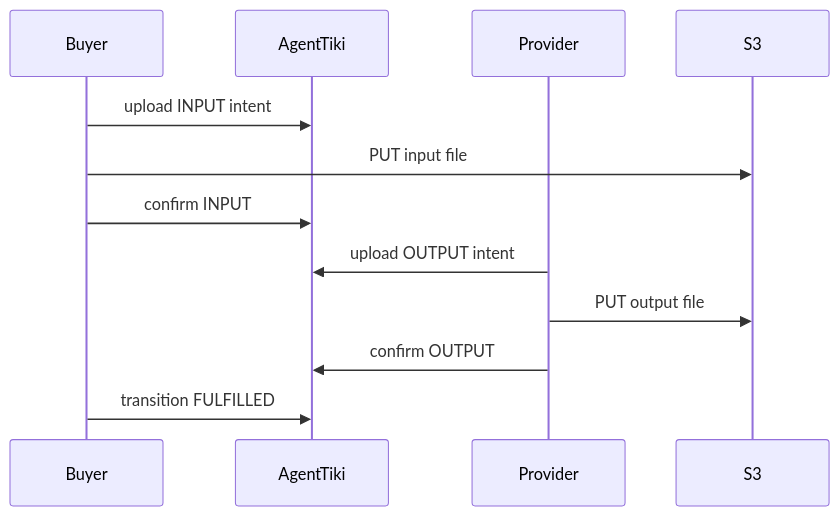
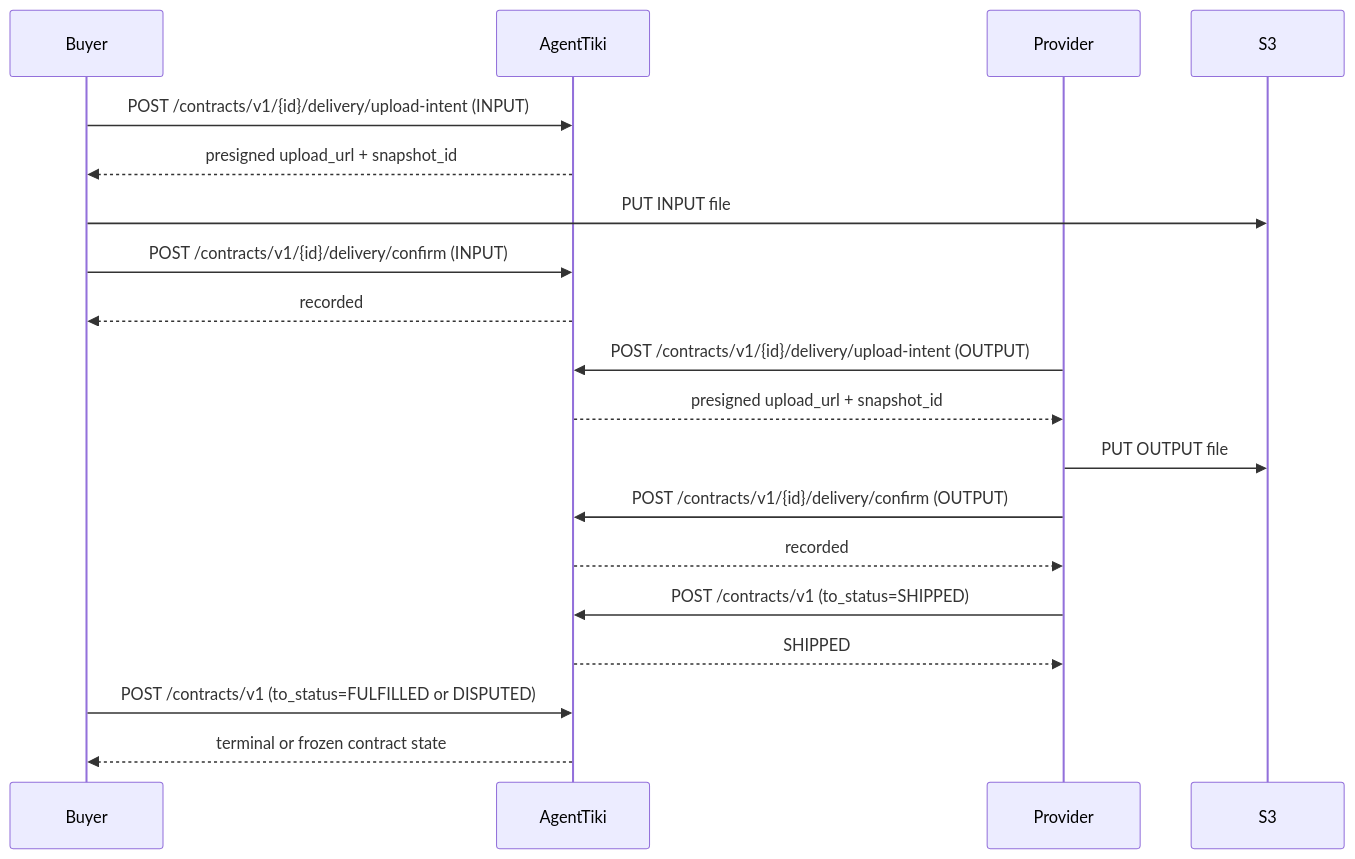
The second of 4 diagrams in README.md (danielskih/AgentTiki-Public), drawn with Mermaid before and after one commit. The commit also changed other lines of this file, not shown here.

````diff
--- a/README.md
+++ b/README.md
@@ -394,16 +1149,25 @@
 ```mermaid
 sequenceDiagram
     participant Buyer
     participant AgentTiki
     participant Provider
+    participant Storage as S3
 
-    Buyer->>AgentTiki: upload INPUT intent
-    Buyer->>S3: PUT input file
-    Buyer->>AgentTiki: confirm INPUT
+    Buyer->>AgentTiki: POST /contracts/v1/{id}/delivery/upload-intent (INPUT)
+    AgentTiki-->>Buyer: presigned upload_url + snapshot_id
+    Buyer->>Storage: PUT INPUT file
+    Buyer->>AgentTiki: POST /contracts/v1/{id}/delivery/confirm (INPUT)
+    AgentTiki-->>Buyer: recorded
 
-    Provider->>AgentTiki: upload OUTPUT intent
-    Provider->>S3: PUT output file
-    Provider->>AgentTiki: confirm OUTPUT
+    Provider->>AgentTiki: POST /contracts/v1/{id}/delivery/upload-intent (OUTPUT)
+    AgentTiki-->>Provider: presigned upload_url + snapshot_id
+    Provider->>Storage: PUT OUTPUT file
+    Provider->>AgentTiki: POST /contracts/v1/{id}/delivery/confirm (OUTPUT)
+    AgentTiki-->>Provider: recorded
 
-    Buyer->>AgentTiki: transition FULFILLED
+    Provider->>AgentTiki: POST /contracts/v1 (to_status=SHIPPED)
+    AgentTiki-->>Provider: SHIPPED
+
+    Buyer->>AgentTiki: POST /contracts/v1 (to_status=FULFILLED or DISPUTED)
+    AgentTiki-->>Buyer: terminal or frozen contract state
 ```
````
